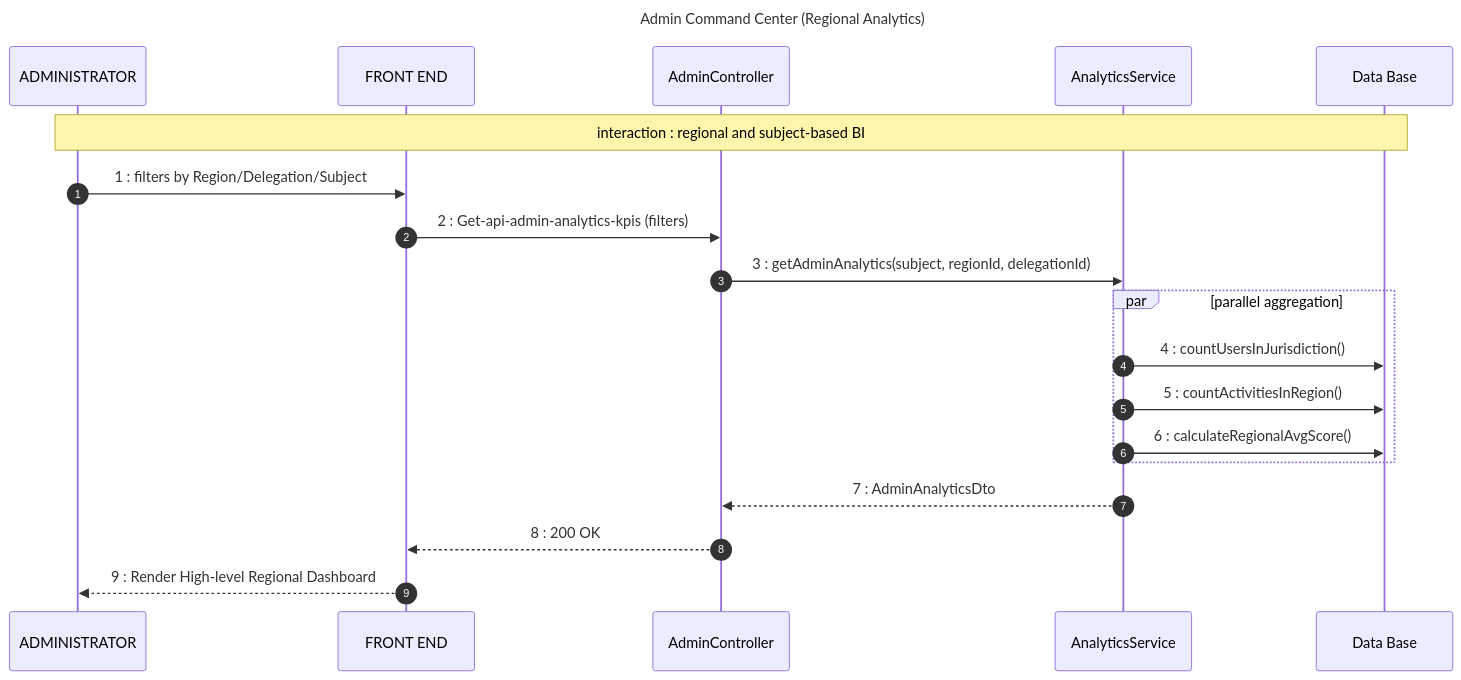
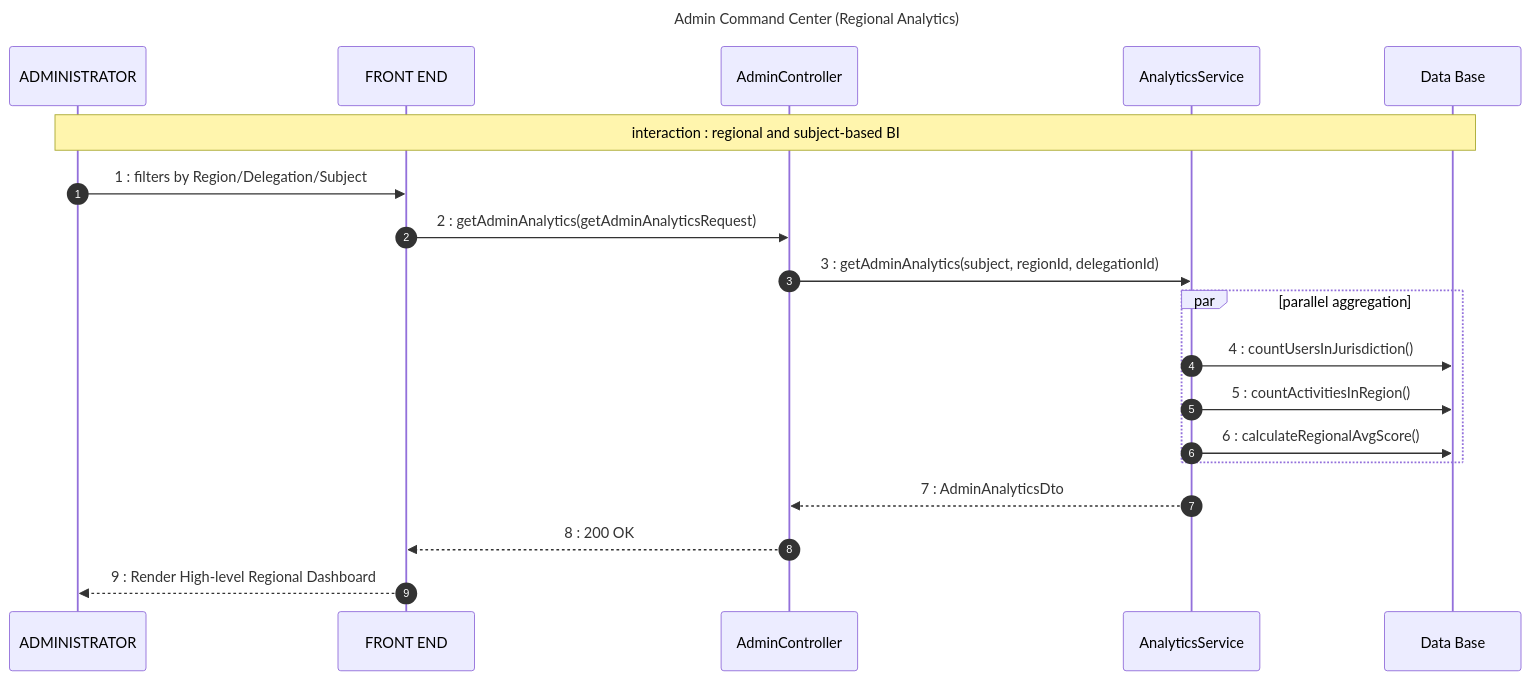
One commit to chbichibsofiene/inspector changed the third of 3 diagrams in uml_diagrams/admin_management_sequence.md. Above: the diagram before and after it, drawn with Mermaid. The commit also changed other lines of this file and 41 other files, not shown here.

Commit message:
feat: Sprint 4 - Communication & Analytics | updated UML diagrams, class diagrams (StarUML), Messenger service fixes, Docker configs, and documentation

````diff
--- a/uml_diagrams/admin_management_sequence.md
+++ b/uml_diagrams/admin_management_sequence.md
@@ -53,26 +53,26 @@
 ```mermaid
 sequenceDiagram
     title: Admin Command Center (Regional Analytics)
     autonumber
     participant ADMIN as ADMINISTRATOR
     participant FE as FRONT END
     participant AC as AdminController
     participant ANS as AnalyticsService
     participant DB as Data Base
 
     Note over ADMIN, DB: interaction : regional and subject-based BI
 
     ADMIN->>FE: 1 : filters by Region/Delegation/Subject
-    FE->>AC: 2 : Get-api-admin-analytics-kpis (filters)
+    FE->>AC: 2 : getAdminAnalytics(getAdminAnalyticsRequest)
     AC->>ANS: 3 : getAdminAnalytics(subject, regionId, delegationId)
     
     par parallel aggregation
         ANS->>DB: 4 : countUsersInJurisdiction()
         ANS->>DB: 5 : countActivitiesInRegion()
         ANS->>DB: 6 : calculateRegionalAvgScore()
     end
 
     ANS-->>AC: 7 : AdminAnalyticsDto
     AC-->>FE: 8 : 200 OK
     FE-->>ADMIN: 9 : Render High-level Regional Dashboard
 ```
````
